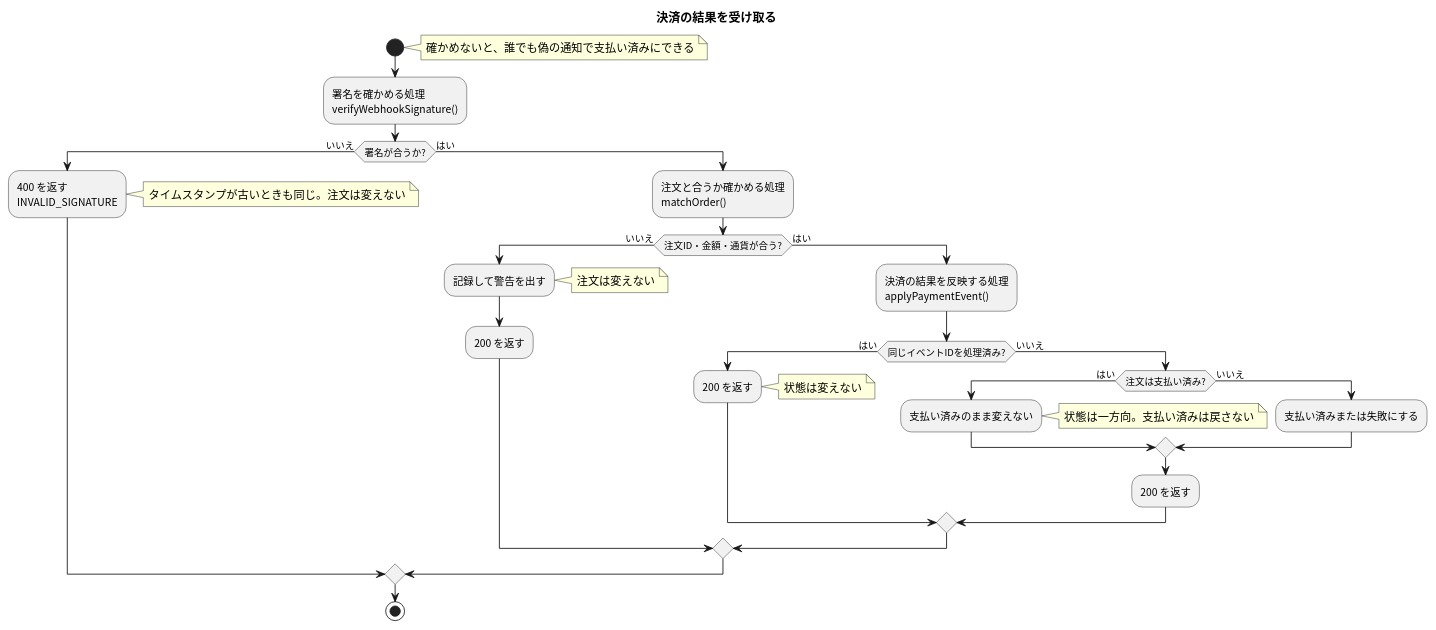
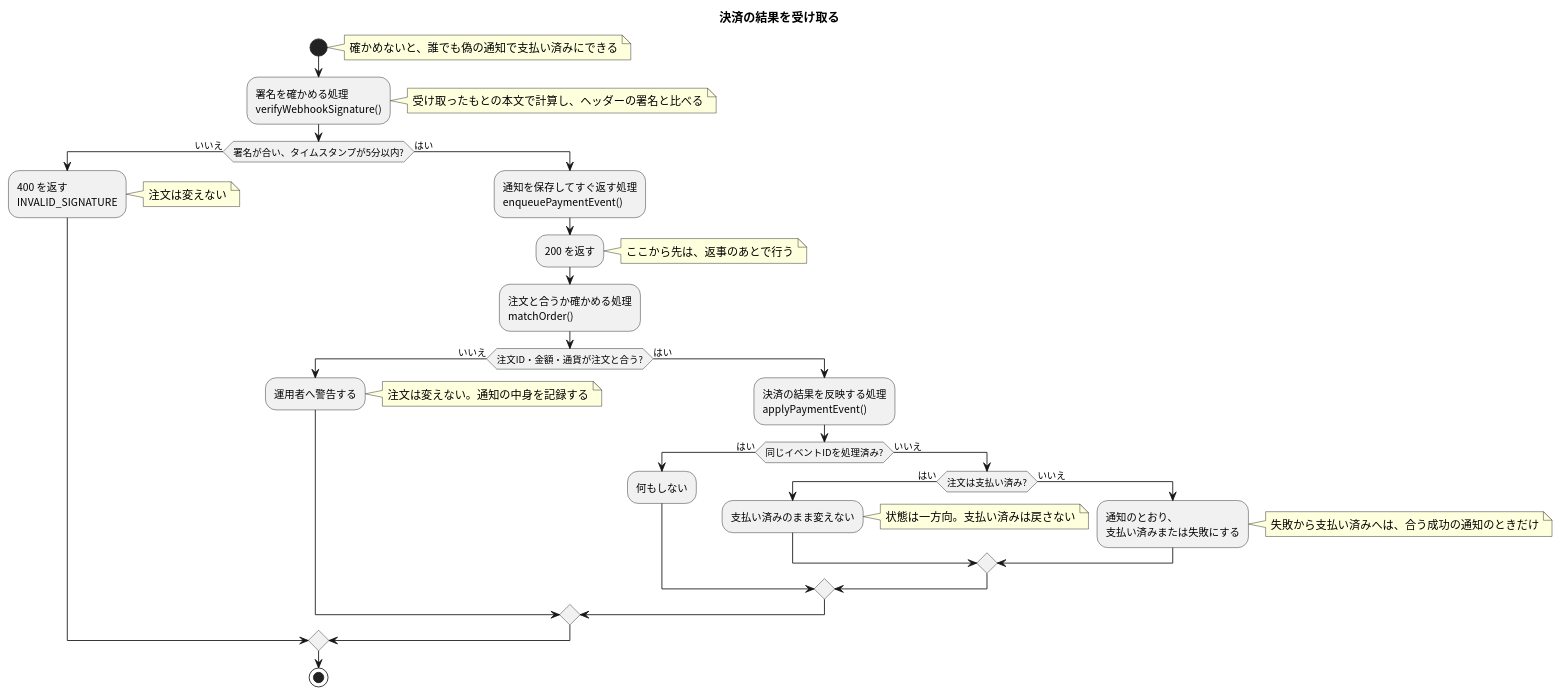
The diagram in apis/payment-webhook/flow.puml (masamasamasato/design-doc-template), drawn with PlantUML before and after one commit. The commit also changed 108 other files, not shown here.

```diff
--- a/apis/payment-webhook/flow.puml
+++ b/apis/payment-webhook/flow.puml
@@ -3,37 +3,39 @@
 @startuml
 skinparam shadowing false
 skinparam defaultFontName "Noto Sans CJK JP"
 skinparam ActivityFontName "Noto Sans CJK JP"
 
 title 決済の結果を受け取る
 
 start
 note right: 確かめないと、誰でも偽の通知で支払い済みにできる
 :署名を確かめる処理\nverifyWebhookSignature();
-if (署名が合うか?) then (いいえ)
+note right: 受け取ったもとの本文で計算し、ヘッダーの署名と比べる
+if (署名が合い、タイムスタンプが5分以内?) then (いいえ)
   :400 を返す\nINVALID_SIGNATURE;
-  note right: タイムスタンプが古いときも同じ。注文は変えない
+  note right: 注文は変えない
 else (はい)
+  :通知を保存してすぐ返す処理\nenqueuePaymentEvent();
+  :200 を返す;
+  note right: ここから先は、返事のあとで行う
   :注文と合うか確かめる処理\nmatchOrder();
-  if (注文ID・金額・通貨が合う?) then (いいえ)
-    :記録して警告を出す;
-    note right: 注文は変えない
-    :200 を返す;
+  if (注文ID・金額・通貨が注文と合う?) then (いいえ)
+    :運用者へ警告する;
+    note right: 注文は変えない。通知の中身を記録する
   else (はい)
     :決済の結果を反映する処理\napplyPaymentEvent();
     if (同じイベントIDを処理済み?) then (はい)
-      :200 を返す;
-      note right: 状態は変えない
+      :何もしない;
     else (いいえ)
       if (注文は支払い済み?) then (はい)
         :支払い済みのまま変えない;
         note right: 状態は一方向。支払い済みは戻さない
       else (いいえ)
-        :支払い済みまたは失敗にする;
+        :通知のとおり、\n支払い済みまたは失敗にする;
+        note right: 失敗から支払い済みへは、合う成功の通知のときだけ
       endif
-      :200 を返す;
     endif
   endif
 endif
 stop
 @enduml
```
